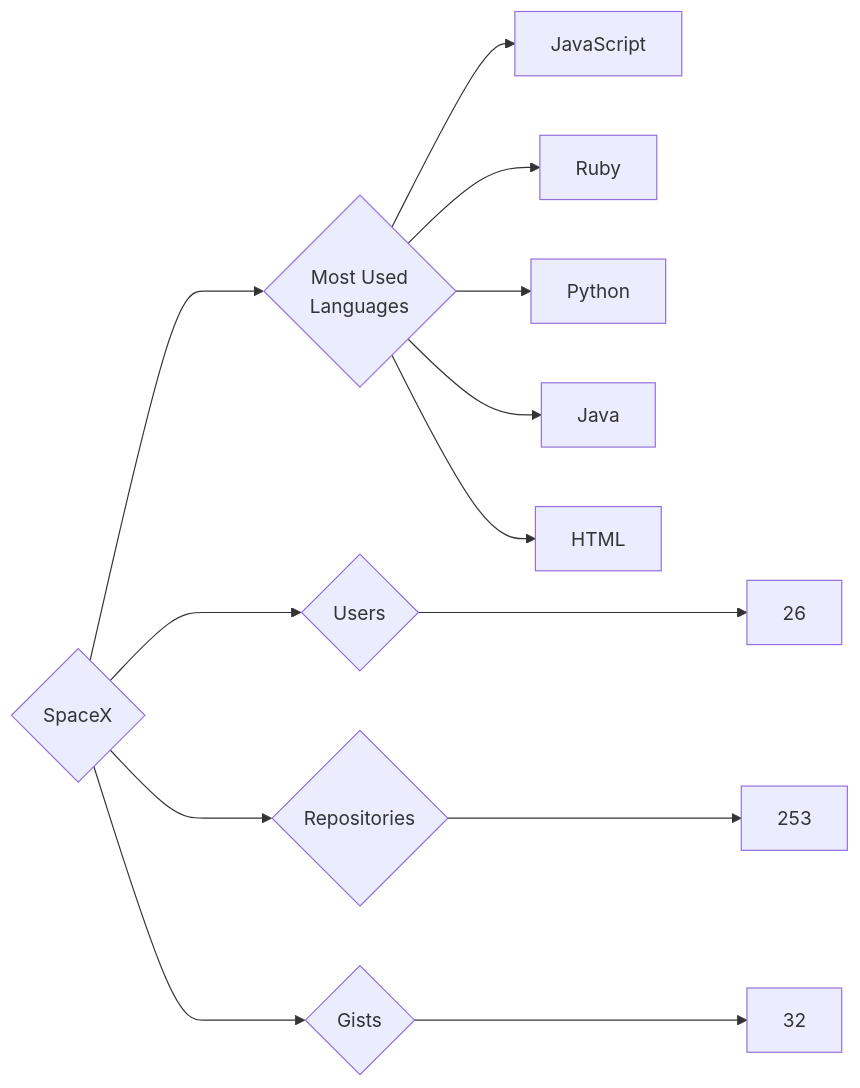
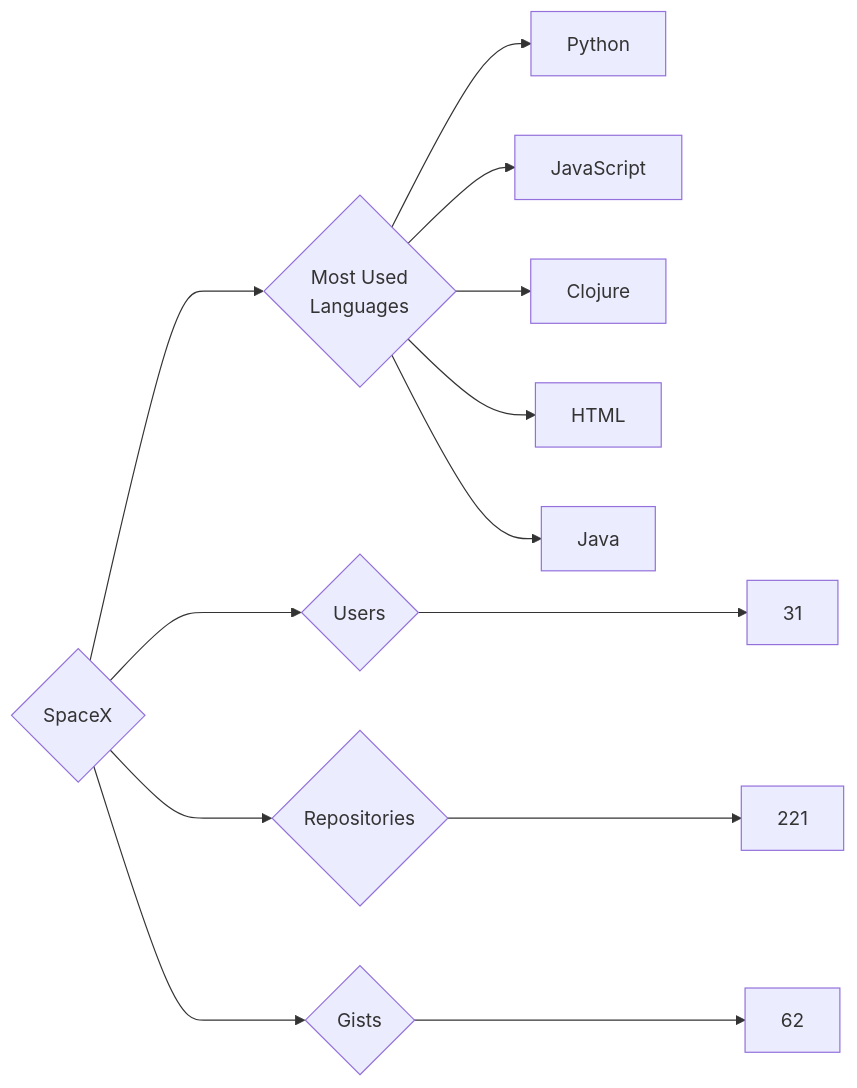
Before and after one commit to trickest/insiders: the diagram in targets/SpaceX/README.md, drawn with Mermaid. The commit also changed 851 other files, not shown here.

````diff
--- a/targets/SpaceX/README.md
+++ b/targets/SpaceX/README.md
@@ -3,13 +3,13 @@
 ```mermaid
 graph LR
 COMPANY_NAME{SpaceX}
-COMPANY_NAME ---> U{Users} ---> UN[26]
-COMPANY_NAME ---> R{Repositories} ---> RN[253]
-COMPANY_NAME ---> G{Gists} ---> GN[32]
+COMPANY_NAME ---> U{Users} ---> UN[31]
+COMPANY_NAME ---> R{Repositories} ---> RN[221]
+COMPANY_NAME ---> G{Gists} ---> GN[62]
 COMPANY_NAME ---> ML{Most Used<br>Languages}
+ML --> Python[Python]
 ML --> JavaScript[JavaScript]
-ML --> Ruby[Ruby]
-ML --> Python[Python]
+ML --> Clojure[Clojure]
+ML --> HTML[HTML]
 ML --> Java[Java]
-ML --> HTML[HTML]
 ```
````
